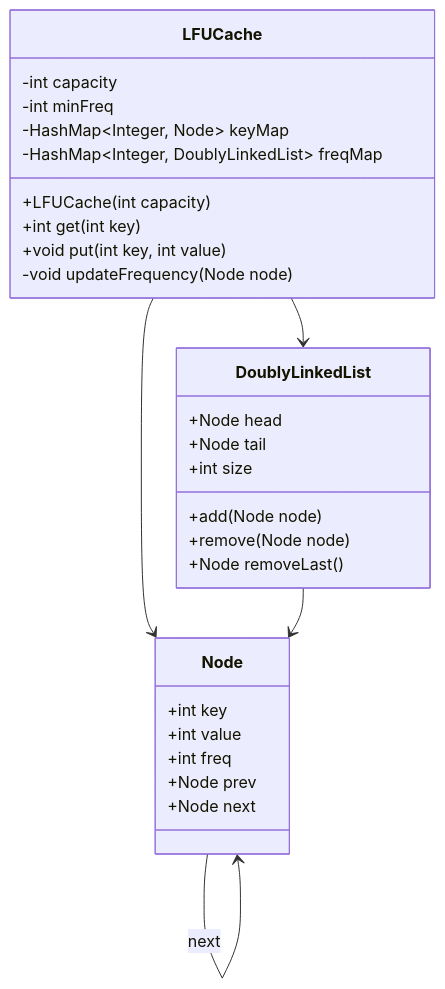
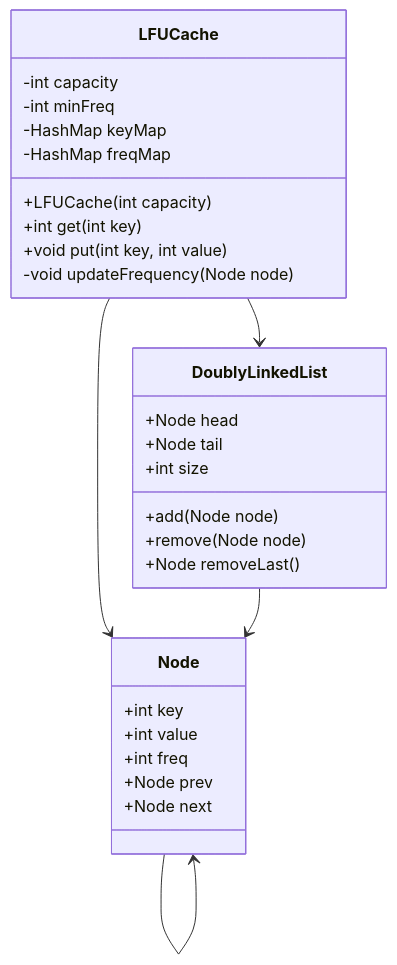
One commit to Ammar1Ahmad/software-design-engineering-playbook changed the second of 2 diagrams in 01-lru-cache/02-lfu-cache/README.md. Above: the diagram before and after it, drawn with Mermaid. The commit also changed other lines of this file, not shown here.

````diff
--- a/01-lru-cache/02-lfu-cache/README.md
+++ b/01-lru-cache/02-lfu-cache/README.md
@@ -802,39 +1358,38 @@
 ```mermaid
 classDiagram
 
 class LFUCache {
     -int capacity
     -int minFreq
-    -HashMap~Integer, Node~ keyMap
-    -HashMap~Integer, DoublyLinkedList~ freqMap
+    -HashMap keyMap
+    -HashMap freqMap
 
     +LFUCache(int capacity)
     +int get(int key)
     +void put(int key, int value)
     -void updateFrequency(Node node)
 }
 
 class Node {
     +int key
     +int value
     +int freq
     +Node prev
     +Node next
 }
 
 class DoublyLinkedList {
     +Node head
     +Node tail
     +int size
 
     +add(Node node)
     +remove(Node node)
     +Node removeLast()
 }
 
 LFUCache --> Node
 LFUCache --> DoublyLinkedList
 DoublyLinkedList --> Node
-Node --> Node : prev
-Node --> Node : next
+Node --> Node
 ```
````
